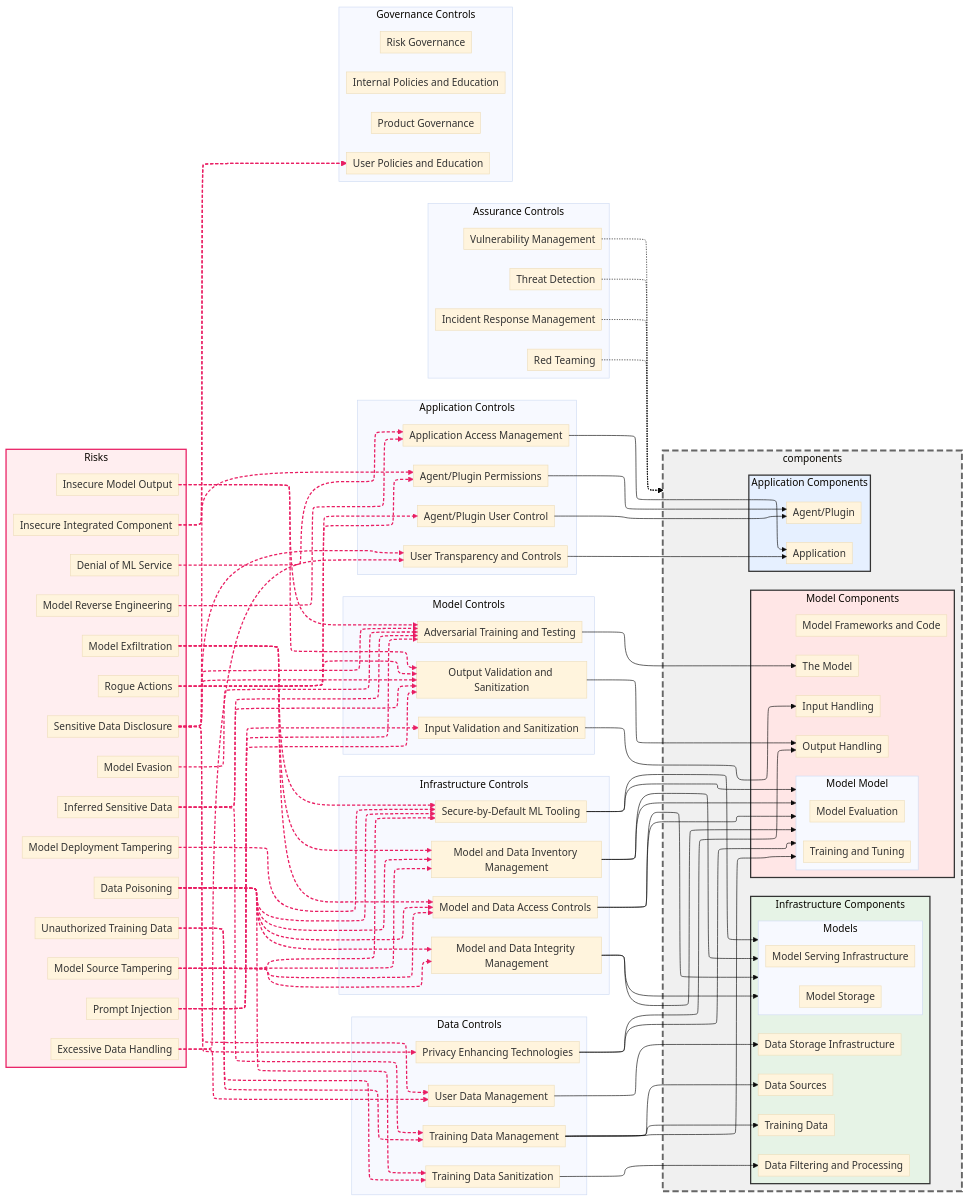
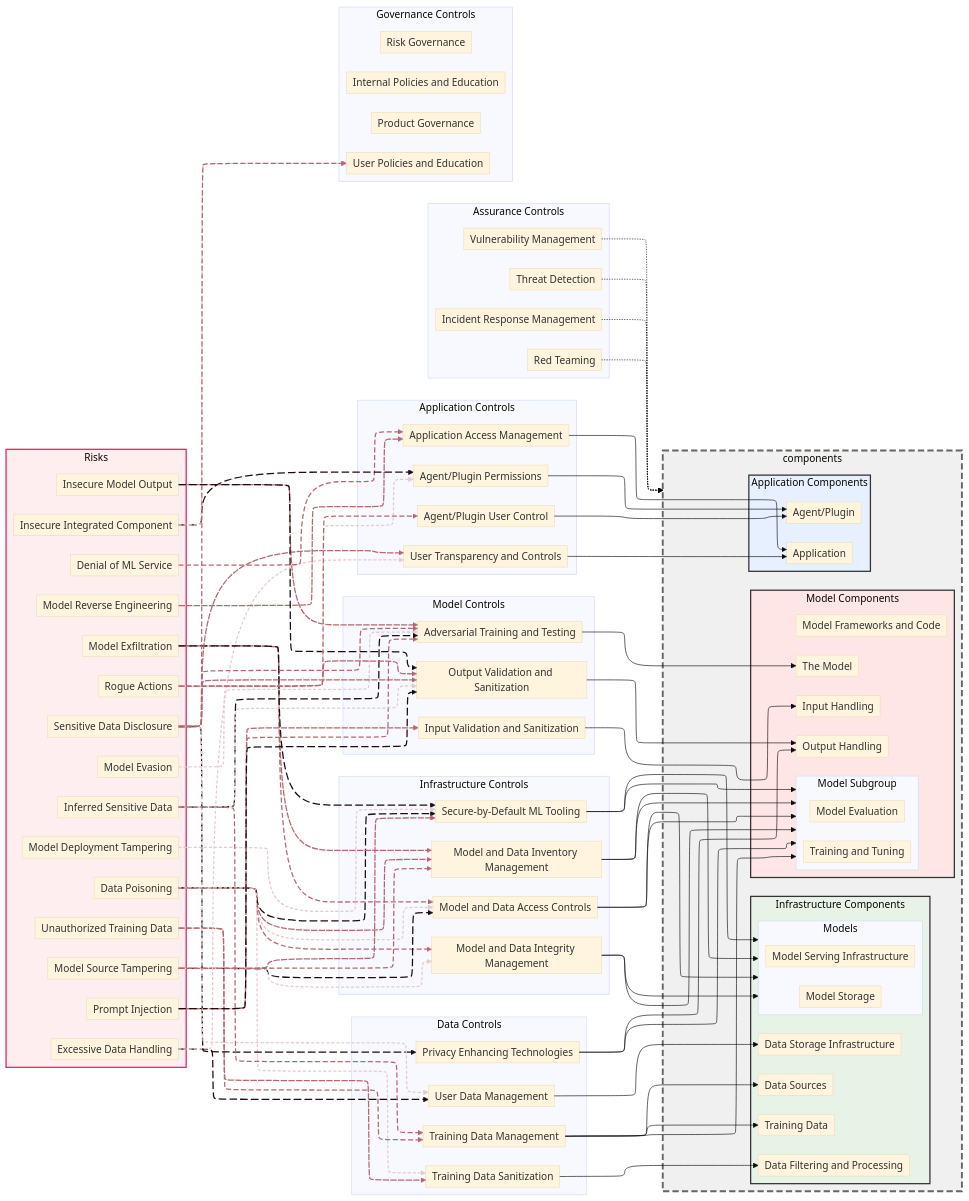
Before and after one commit to davidlabianca/secure-ai-tooling: the diagram in risk-map/docs/controls-to-risk-graph.md, drawn with Mermaid (base theme). The commit also changed 3 other files, not shown here.

Commit message:
Updated graph files

```diff
--- a/risk-map/docs/controls-to-risk-graph.md
+++ b/risk-map/docs/controls-to-risk-graph.md
@@ -89,7 +89,7 @@
         componentModelFrameworksAndCode[Model Frameworks and Code]
         componentOutputHandling[Output Handling]
         componentTheModel[The Model]
-        subgraph componentsModelModel ["Model Model"]
+        subgraph componentsModelSubgroup ["Model Subgroup"]
             componentModelEvaluation[Model Evaluation]
             componentModelTrainingTuning[Training and Tuning]
         end
@@ -145,19 +145,19 @@
 
     %% Control to Component relationships (reused from ControlGraph)
     controlPrivacyEnhancingTechnologies --> componentOutputHandling
-    controlPrivacyEnhancingTechnologies --> componentsModelModel
+    controlPrivacyEnhancingTechnologies --> componentsModelSubgroup
     controlTrainingDataManagement --> componentDataSources
     controlTrainingDataManagement --> componentTrainingData
-    controlTrainingDataManagement --> componentsModelModel
+    controlTrainingDataManagement --> componentsModelSubgroup
     controlTrainingDataSanitization --> componentDataFilteringAndProcessing
     controlUserDataManagement --> componentDataStorage
-    controlModelAndDataInventoryManagement --> componentsModelModel
+    controlModelAndDataInventoryManagement --> componentsModelSubgroup
     controlModelAndDataInventoryManagement --> componentsModels
-    controlModelAndDataAccessControls --> componentsModelModel
+    controlModelAndDataAccessControls --> componentsModelSubgroup
     controlModelAndDataAccessControls --> componentsModels
-    controlModelAndDataIntegrityManagement --> componentsModelModel
+    controlModelAndDataIntegrityManagement --> componentsModelSubgroup
     controlModelAndDataIntegrityManagement --> componentsModels
-    controlSecureByDefaultMLTooling --> componentsModelModel
+    controlSecureByDefaultMLTooling --> componentsModelSubgroup
     controlSecureByDefaultMLTooling --> componentsModels
     controlInputValidationAndSanitization --> componentInputHandling
     controlOutputValidationAndSanitization --> componentOutputHandling
@@ -172,7 +172,10 @@
     controlIncidentResponseManagement -.-> components
 
     %% Edge styling
-    linkStyle 0,1,2,3,4,5,6,7,8,9,10,11,12,13,14,15,16,17,18,19,20,21,22,23,24,25,26,27,28,29,30,31,32,33,34,35,36,37,38 stroke:#e91e63,stroke-width:2px,stroke-dasharray: 5 3
+    linkStyle 0,4,8,12,16,20,24,28,32,36 stroke:#e6cbce,stroke-width:2px,stroke-dasharray: 5 3
+    linkStyle 1,5,9,13,17,21,25,29,33,37 stroke:#b66871,stroke-width:2px,stroke-dasharray: 8 4
+    linkStyle 2,6,10,14,18,22,26,30,34,38 stroke:#b66871,stroke-width:2px,stroke-dasharray: 10 2
+    linkStyle 3,7,11,15,19,23,27,31,35 stroke:#1c0d0f,stroke-width:2px,stroke-dasharray: 12 5
 
 %% Node style definitions
     style risks fill:#ffeef0,stroke:#e91e63,stroke-width:2px
```
